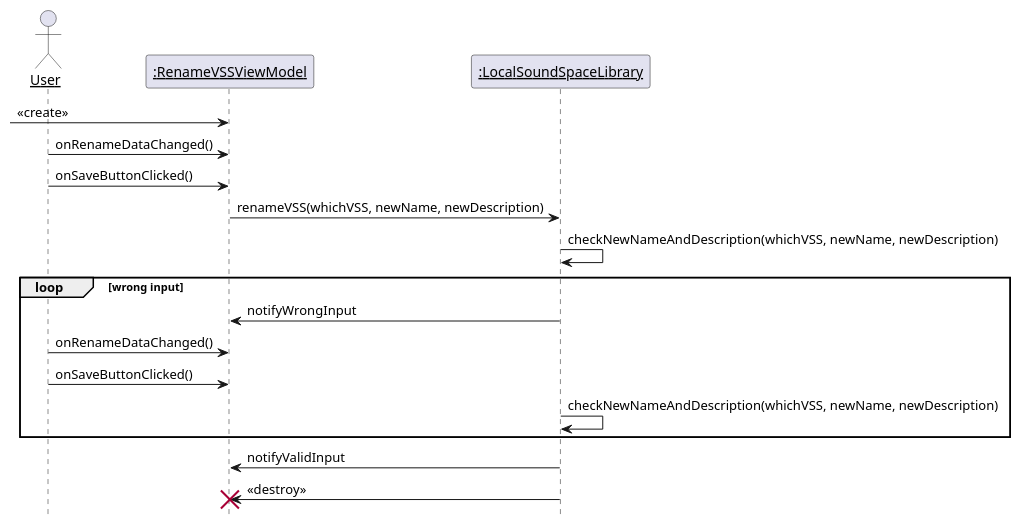
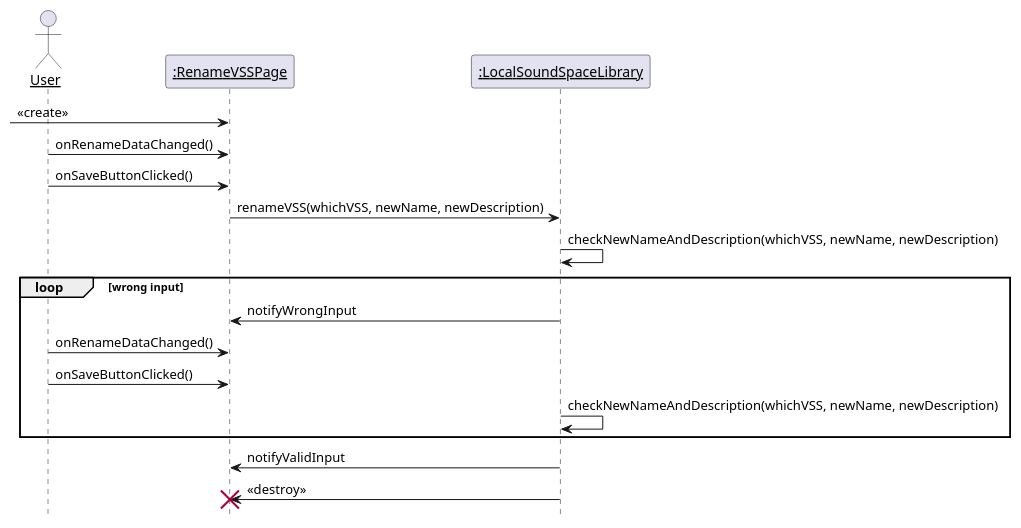
Diagram 13 of 39 in 设计/顺序图.md (kpp19920121/doc), drawn with PlantUML before and after one commit. The commit also changed other lines of this file and 1 other file, not shown here.

Commit message:
改进顺序图与类图一致

````diff
--- a/设计/顺序图.md
+++ b/设计/顺序图.md
@@ -506,27 +501,27 @@
 ```PlantUML
 @startuml Diagrams/RenameVSS
 hide footbox
 skinparam sequenceParticipant underline
 
 actor User as user
-participant ":RenameVSSViewModel" as viewModel
+participant ":RenameVSSPage" as viewModel
 participant ":LocalSoundSpaceLibrary" as library
 
 -> viewModel: <<create>>
 user -> viewModel: onRenameDataChanged()
 user -> viewModel: onSaveButtonClicked()
 viewModel -> library: renameVSS(whichVSS, newName, newDescription)
 library -> library: checkNewNameAndDescription(whichVSS, newName, newDescription)
 loop wrong input
     library -> viewModel: notifyWrongInput
     user -> viewModel: onRenameDataChanged()
     user -> viewModel: onSaveButtonClicked()
     library -> library: checkNewNameAndDescription(whichVSS, newName, newDescription)
 end
     library -> viewModel: notifyValidInput
     library -> viewModel: <<destroy>>
     destroy viewModel
 
 
 @enduml
 ```
````
